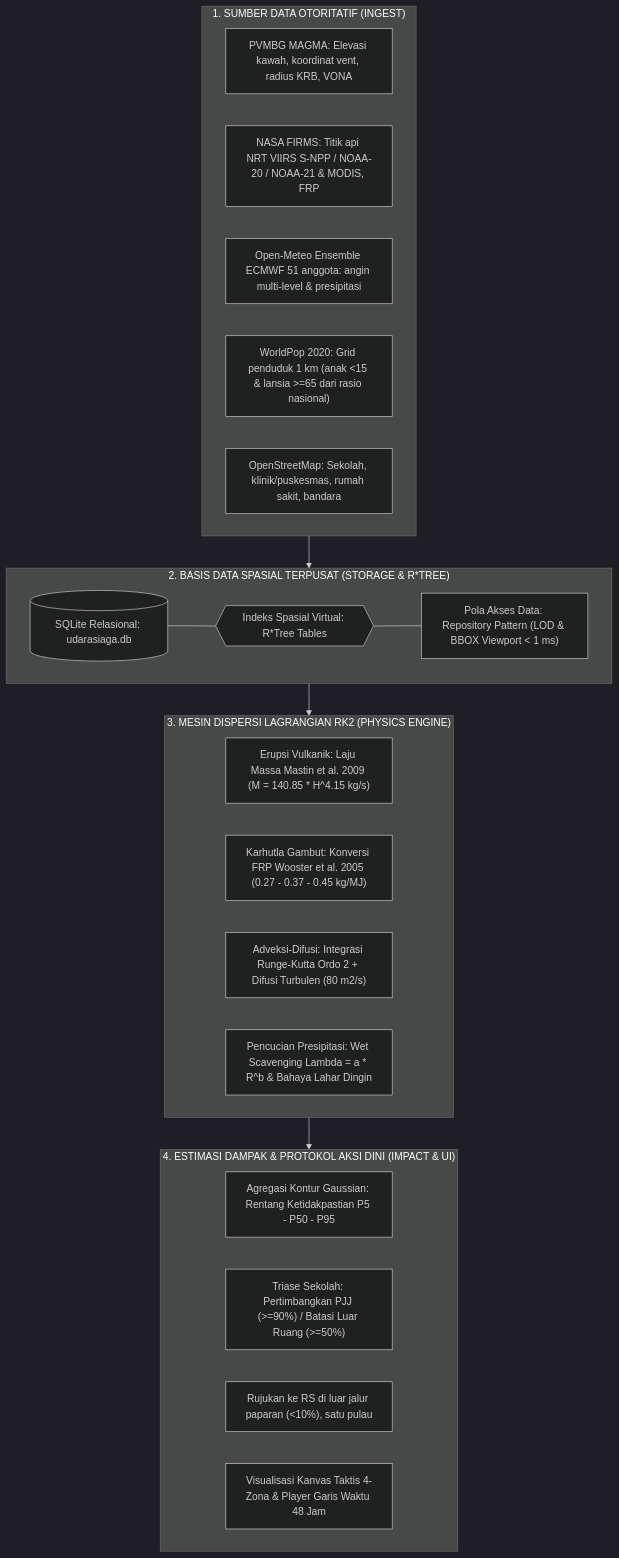
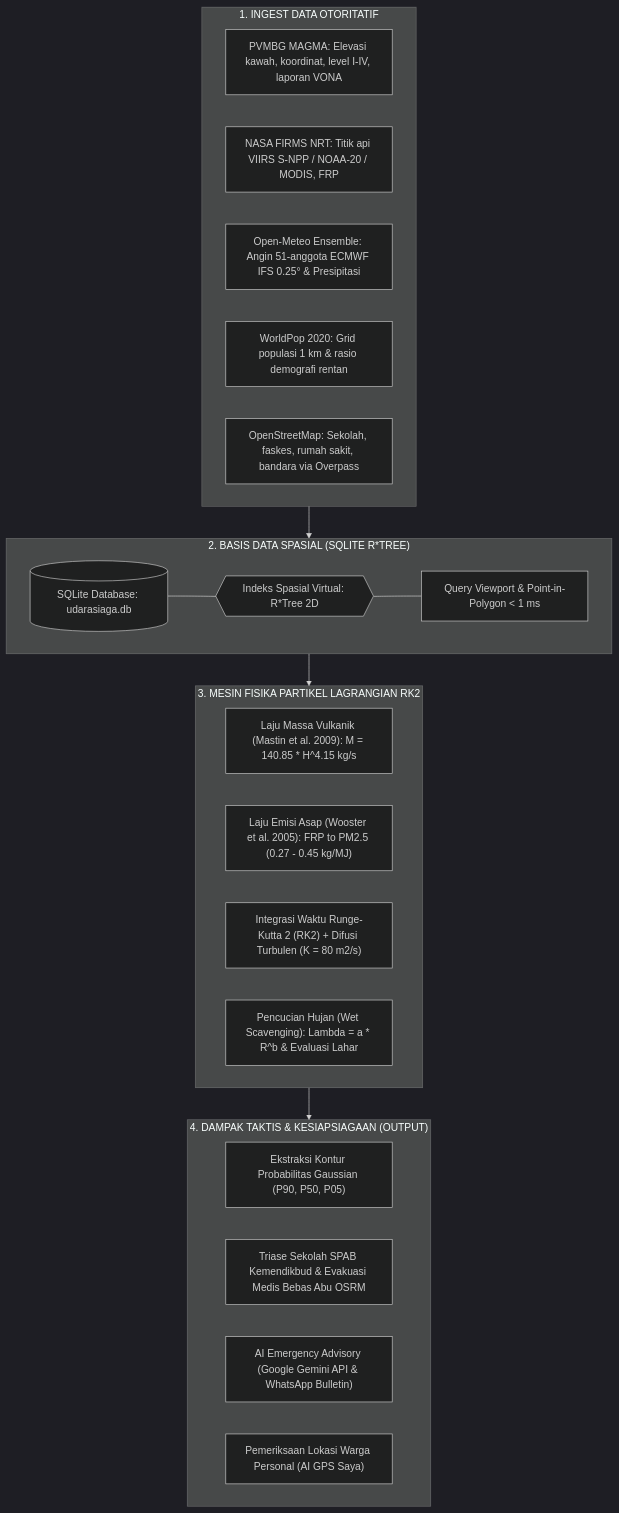
The diagram in README.md (nyarikerja/JOINTS2026), drawn with Mermaid (dark theme) before and after one commit. The commit also changed other lines of this file and 26 other files, not shown here.

First line of the commit message:
feat: GPS advisory modal, run hotspots on map, and Render deployment

````diff
--- a/README.md
+++ b/README.md
@@ -96,35 +207,35 @@
 ```mermaid
 flowchart TD
-    subgraph S1["1. SUMBER DATA OTORITATIF (INGEST)"]
-        A1["PVMBG MAGMA: Elevasi kawah, koordinat vent, radius KRB, VONA"]
-        A2["NASA FIRMS: Titik api NRT VIIRS S-NPP / NOAA-20 / NOAA-21 & MODIS, FRP"]
-        A3["Open-Meteo Ensemble ECMWF 51 anggota: angin multi-level & presipitasi"]
-        A4["WorldPop 2020: Grid penduduk 1 km (anak <15 & lansia >=65 dari rasio nasional)"]
-        A5["OpenStreetMap: Sekolah, klinik/puskesmas, rumah sakit, bandara"]
+    subgraph S1["1. INGEST DATA OTORITATIF"]
+        A1["PVMBG MAGMA: Elevasi kawah, koordinat, level I-IV, laporan VONA"]
+        A2["NASA FIRMS NRT: Titik api VIIRS S-NPP / NOAA-20 / MODIS, FRP"]
+        A3["Open-Meteo Ensemble: Angin 51-anggota ECMWF IFS 0.25° & Presipitasi"]
+        A4["WorldPop 2020: Grid populasi 1 km & rasio demografi rentan"]
+        A5["OpenStreetMap: Sekolah, faskes, rumah sakit, bandara via Overpass"]
     end
 
-    subgraph S2["2. BASIS DATA SPASIAL TERPUSAT (STORAGE & R*TREE)"]
-        B1[("SQLite Relasional: udarasiaga.db")]
-        B2{{"Indeks Spasial Virtual: R*Tree Tables"}}
-        B3["Pola Akses Data: Repository Pattern (LOD & BBOX Viewport < 1 ms)"]
+    subgraph S2["2. BASIS DATA SPASIAL (SQLITE R*TREE)"]
+        B1[("SQLite Database: udarasiaga.db")]
+        B2{{"Indeks Spasial Virtual: R*Tree 2D"}}
+        B3["Query Viewport & Point-in-Polygon < 1 ms"]
         B1 --- B2 --- B3
     end
 
-    subgraph S3["3. MESIN DISPERSI LAGRANGIAN RK2 (PHYSICS ENGINE)"]
-        C1["Erupsi Vulkanik: Laju Massa Mastin et al. 2009 (M = 140.85 * H^4.15 kg/s)"]
-        C2["Karhutla Gambut: Konversi FRP Wooster et al. 2005 (0.27 - 0.37 - 0.45 kg/MJ)"]
-        C3["Adveksi-Difusi: Integrasi Runge-Kutta Ordo 2 + Difusi Turbulen (80 m2/s)"]
-        C4["Pencucian Presipitasi: Wet Scavenging Lambda = a * R^b & Bahaya Lahar Dingin"]
+    subgraph S3["3. MESIN FISIKA PARTIKEL LAGRANGIAN RK2"]
+        C1["Laju Massa Vulkanik (Mastin et al. 2009): M = 140.85 * H^4.15 kg/s"]
+        C2["Laju Emisi Asap (Wooster et al. 2005): FRP to PM2.5 (0.27 - 0.45 kg/MJ)"]
+        C3["Integrasi Waktu Runge-Kutta 2 (RK2) + Difusi Turbulen (K = 80 m2/s)"]
+        C4["Pencucian Hujan (Wet Scavenging): Lambda = a * R^b & Evaluasi Lahar"]
     end
 
-    subgraph S4["4. ESTIMASI DAMPAK & PROTOKOL AKSI DINI (IMPACT & UI)"]
-        D1["Agregasi Kontur Gaussian: Rentang Ketidakpastian P5 - P50 - P95"]
-        D2["Triase Sekolah: Pertimbangkan PJJ (>=90%) / Batasi Luar Ruang (>=50%)"]
-        D3["Rujukan ke RS di luar jalur paparan (<10%), satu pulau"]
-        D4["Visualisasi Kanvas Taktis 4-Zona & Player Garis Waktu 48 Jam"]
+    subgraph S4["4. DAMPAK TAKTIS & KESIAPSIAGAAN (OUTPUT)"]
+        D1["Ekstraksi Kontur Probabilitas Gaussian (P90, P50, P05)"]
+        D2["Triase Sekolah SPAB Kemendikbud & Evakuasi Medis Bebas Abu OSRM"]
+        D3["AI Emergency Advisory (Google Gemini API & WhatsApp Bulletin)"]
+        D4["Pemeriksaan Lokasi Warga Personal (AI GPS Saya)"]
     end
 
     S1 --> S2
     S2 --> S3
     S3 --> S4
 ```
````
